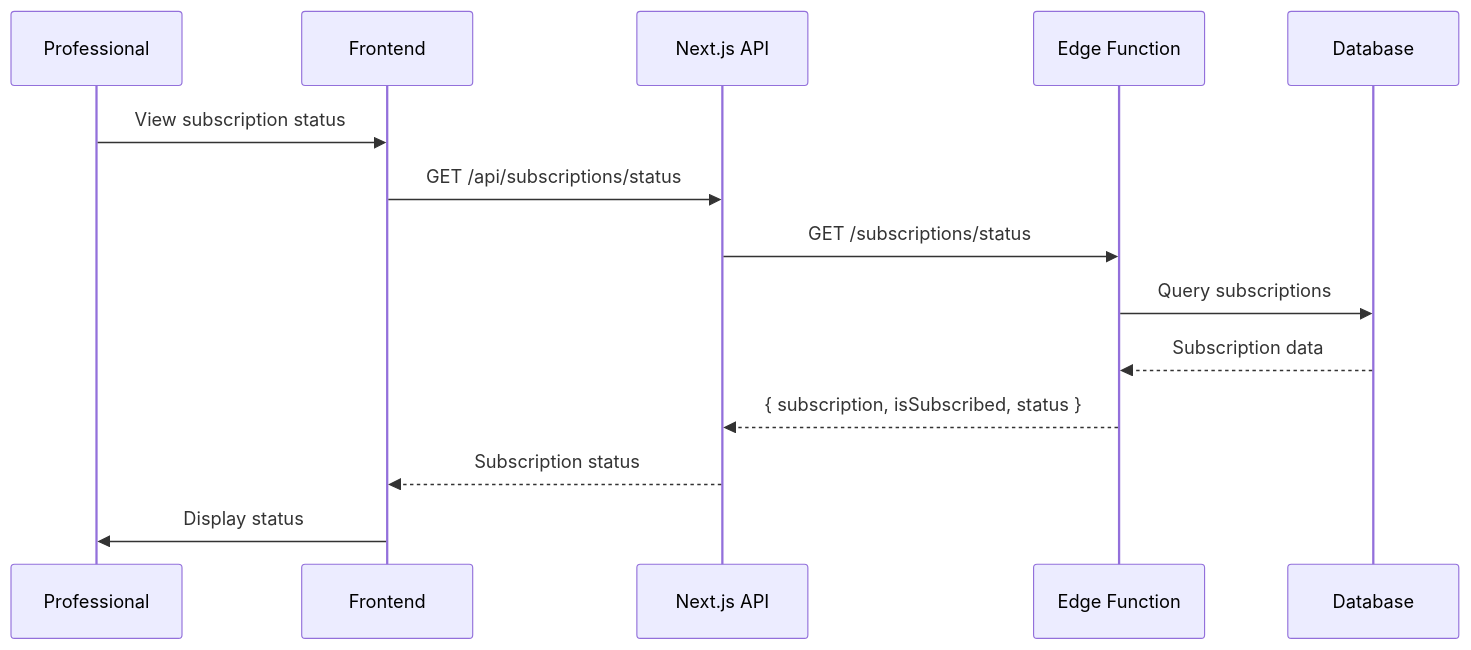
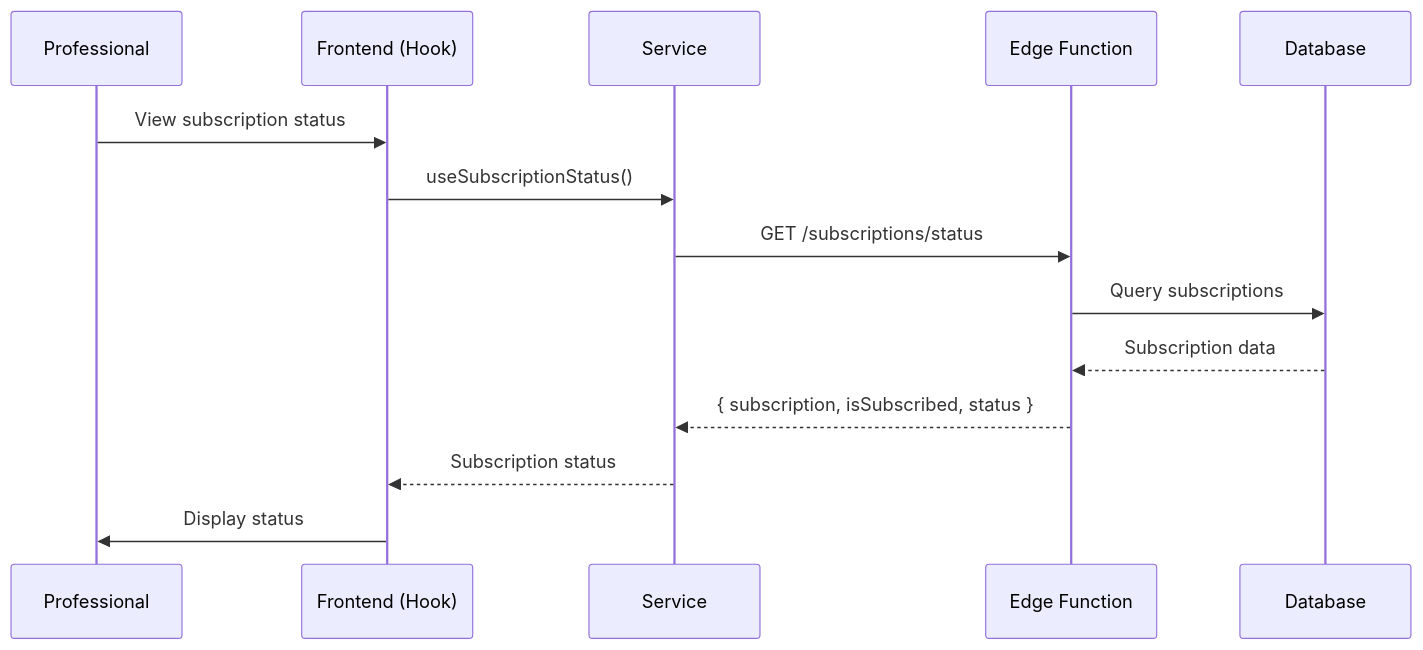
The second of 4 diagrams in docs/professional-subscription-system.md (OlivierDevMaster/prokid-preview), drawn with Mermaid before and after one commit. The commit also changed other lines of this file and 3 other files, not shown here.

````diff
--- a/docs/professional-subscription-system.md
+++ b/docs/professional-subscription-system.md
@@ -124,17 +120,17 @@
 ```mermaid
 sequenceDiagram
     participant P as Professional
-    participant FE as Frontend
-    participant API as Next.js API
+    participant FE as Frontend (Hook)
+    participant SVC as Service
     participant EF as Edge Function
     participant DB as Database
 
     P->>FE: View subscription status
-    FE->>API: GET /api/subscriptions/status
-    API->>EF: GET /subscriptions/status
+    FE->>SVC: useSubscriptionStatus()
+    SVC->>EF: GET /subscriptions/status
     EF->>DB: Query subscriptions
     DB-->>EF: Subscription data
-    EF-->>API: { subscription, isSubscribed, status }
-    API-->>FE: Subscription status
+    EF-->>SVC: { subscription, isSubscribed, status }
+    SVC-->>FE: Subscription status
     FE->>P: Display status
 ```
````
